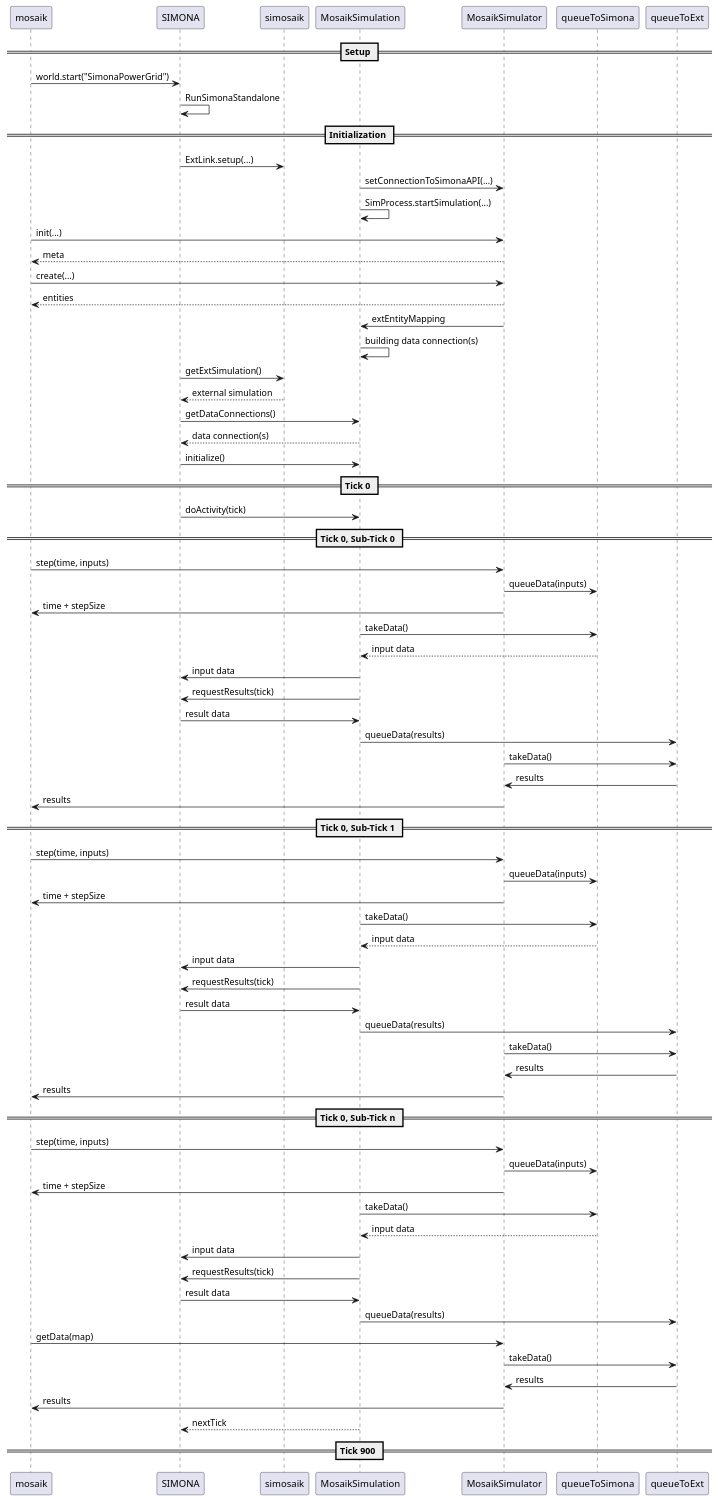
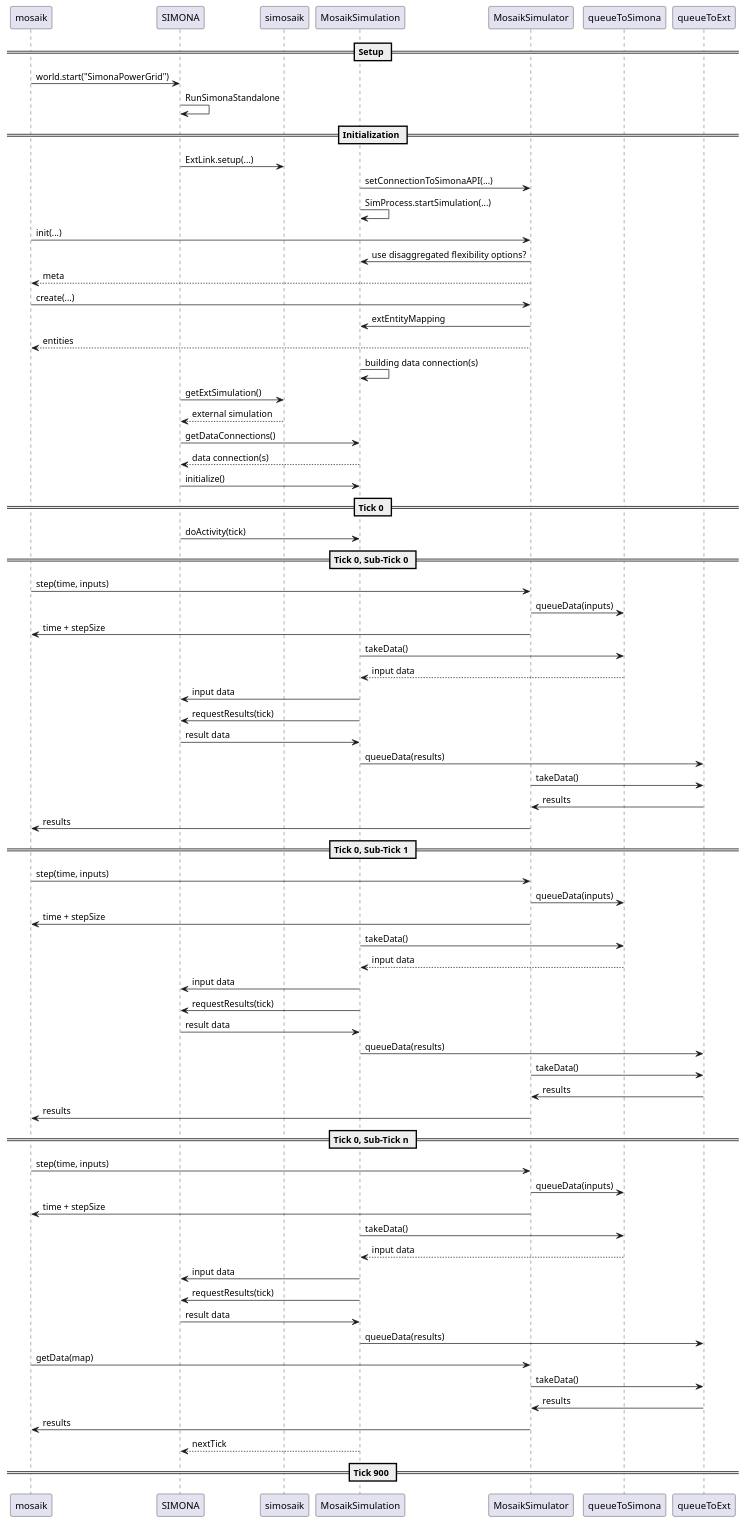
Before and after one commit to ie3-institute/simosaik: the diagram in docs/protocol/SIMONA-mosaik-protocol-tiered.puml, drawn with PlantUML. The commit also changed 4 other files, not shown here.

```diff
--- a/docs/protocol/SIMONA-mosaik-protocol-tiered.puml
+++ b/docs/protocol/SIMONA-mosaik-protocol-tiered.puml
@@ -1,104 +1,106 @@
 @startuml
 
 == Setup ==
 
 mosaik -> SIMONA: world.start("SimonaPowerGrid")
 
 SIMONA -> SIMONA: RunSimonaStandalone
 
 == Initialization ==
 
 SIMONA -> simosaik: ExtLink.setup(...)
 
 MosaikSimulation -> MosaikSimulator: setConnectionToSimonaAPI(...)
 MosaikSimulation -> MosaikSimulation: SimProcess.startSimulation(...)
 
 
 mosaik -> MosaikSimulator: init(...)
+MosaikSimulator -> MosaikSimulation: use disaggregated flexibility options?
+
 MosaikSimulator --> mosaik: meta
 
 mosaik -> MosaikSimulator: create(...)
+MosaikSimulator -> MosaikSimulation: extEntityMapping
+
 MosaikSimulator --> mosaik: entities
-
-MosaikSimulator -> MosaikSimulation: extEntityMapping
 MosaikSimulation -> MosaikSimulation: building data connection(s)
 
 SIMONA -> simosaik: getExtSimulation()
 simosaik --> SIMONA: external simulation
 
 SIMONA -> MosaikSimulation: getDataConnections()
 MosaikSimulation --> SIMONA: data connection(s)
 
 SIMONA -> MosaikSimulation: initialize()
 
 
 == Tick 0 ==
 SIMONA -> MosaikSimulation: doActivity(tick)
 
 == Tick 0, Sub-Tick 0 ==
 mosaik -> MosaikSimulator: step(time, inputs)
 
 MosaikSimulator ->  queueToSimona: queueData(inputs)
 MosaikSimulator -> mosaik: time + stepSize
 
 MosaikSimulation -> queueToSimona: takeData()
 queueToSimona --> MosaikSimulation: input data
 
 MosaikSimulation -> SIMONA: input data
 
 MosaikSimulation -> SIMONA: requestResults(tick)
 
 SIMONA -> MosaikSimulation: result data
 MosaikSimulation -> queueToExt: queueData(results)
 
 MosaikSimulator -> queueToExt: takeData()
 queueToExt -> MosaikSimulator: results
 MosaikSimulator -> mosaik: results
 
 == Tick 0, Sub-Tick 1 ==
 mosaik -> MosaikSimulator: step(time, inputs)
 
 MosaikSimulator ->  queueToSimona: queueData(inputs)
 MosaikSimulator -> mosaik: time + stepSize
 
 MosaikSimulation -> queueToSimona: takeData()
 queueToSimona --> MosaikSimulation: input data
 
 MosaikSimulation -> SIMONA: input data
 
 MosaikSimulation -> SIMONA: requestResults(tick)
 
 SIMONA -> MosaikSimulation: result data
 MosaikSimulation -> queueToExt: queueData(results)
 
 MosaikSimulator -> queueToExt: takeData()
 queueToExt -> MosaikSimulator: results
 MosaikSimulator -> mosaik: results
 
 == Tick 0, Sub-Tick n ==
 mosaik -> MosaikSimulator: step(time, inputs)
 
 MosaikSimulator ->  queueToSimona: queueData(inputs)
 MosaikSimulator -> mosaik: time + stepSize
 
 MosaikSimulation -> queueToSimona: takeData()
 queueToSimona --> MosaikSimulation: input data
 
 MosaikSimulation -> SIMONA: input data
 
 MosaikSimulation -> SIMONA: requestResults(tick)
 
 SIMONA -> MosaikSimulation: result data
 MosaikSimulation -> queueToExt: queueData(results)
 
 mosaik -> MosaikSimulator: getData(map)
 
 MosaikSimulator -> queueToExt: takeData()
 queueToExt -> MosaikSimulator: results
 MosaikSimulator -> mosaik: results
 
 MosaikSimulation --> SIMONA: nextTick
 
 == Tick 900 ==
 
 @enduml
```
